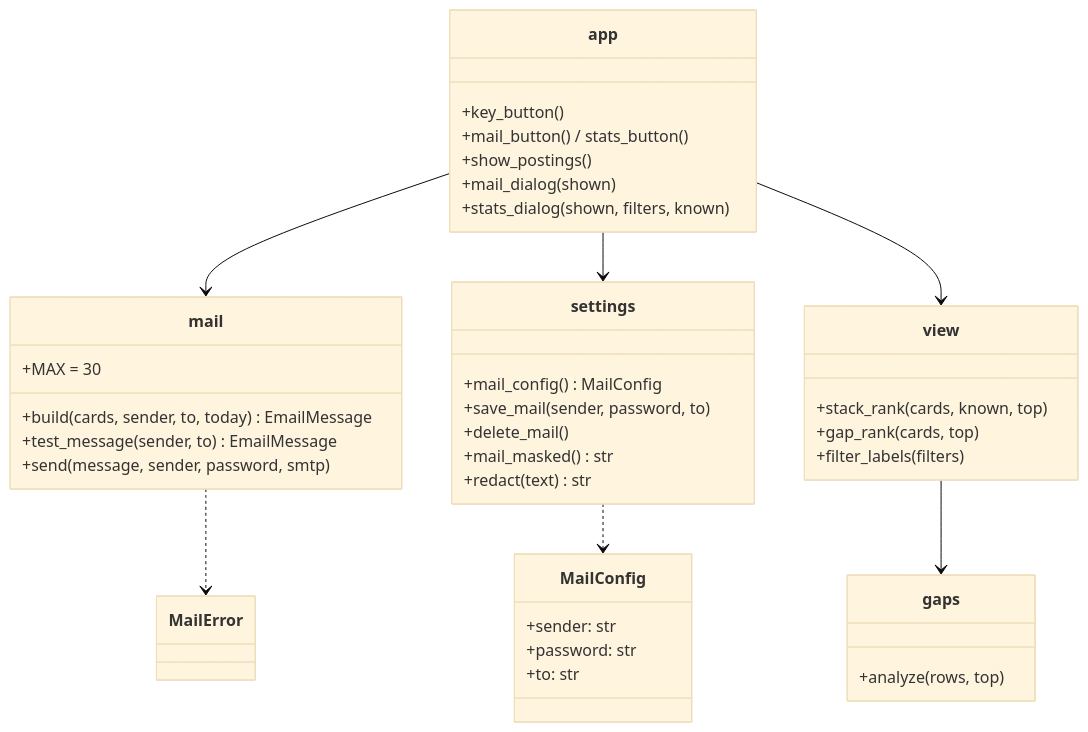
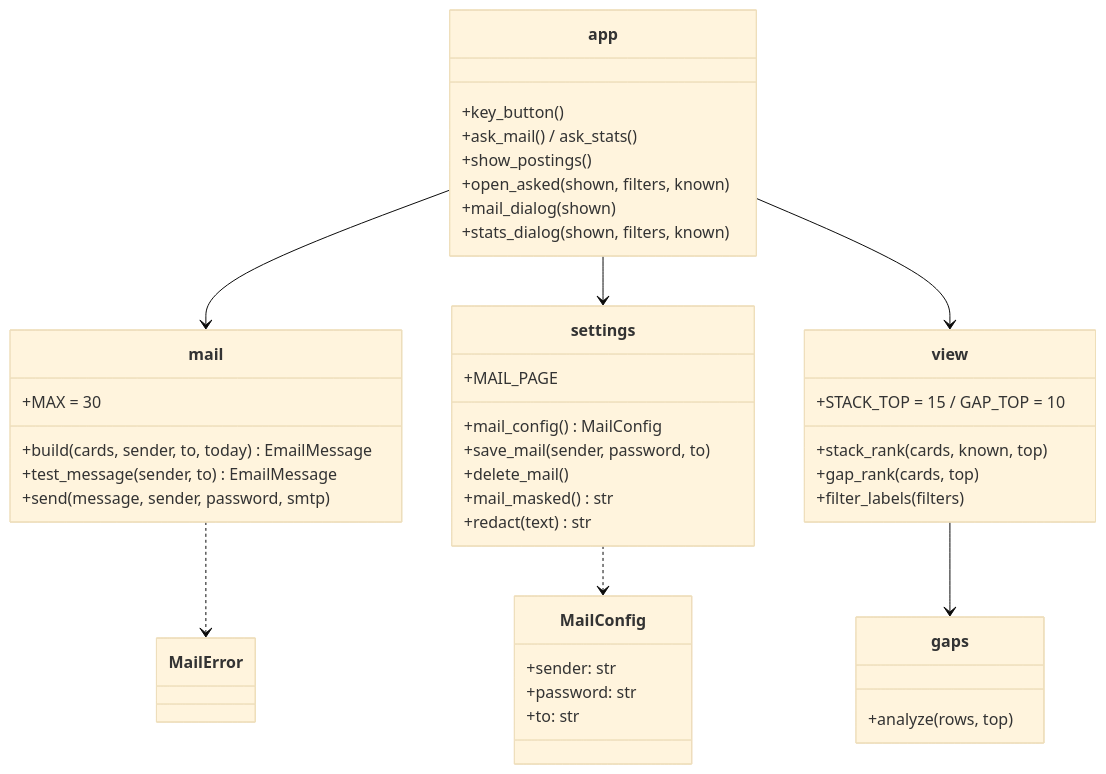
The first of 3 diagrams in docs/v0.7/02-design.md (wogud98/jobvis), drawn with Mermaid (base theme) before and after one commit. The commit also changed other lines of this file and 10 other files, not shown here.

````diff
--- a/docs/v0.7/02-design.md
+++ b/docs/v0.7/02-design.md
@@ -32,43 +32,46 @@
 ```mermaid
 classDiagram
     class app {
         +key_button()
-        +mail_button() / stats_button()
+        +ask_mail() / ask_stats()
         +show_postings()
+        +open_asked(shown, filters, known)
         +mail_dialog(shown)
         +stats_dialog(shown, filters, known)
     }
     class mail {
         +MAX = 30
         +build(cards, sender, to, today) EmailMessage
         +test_message(sender, to) EmailMessage
         +send(message, sender, password, smtp)
     }
     class MailError
     class settings {
         +mail_config() MailConfig
         +save_mail(sender, password, to)
         +delete_mail()
         +mail_masked() str
         +redact(text) str
+        +MAIL_PAGE
     }
     class MailConfig {
         +sender: str
         +password: str
         +to: str
     }
     class view {
+        +STACK_TOP = 15 / GAP_TOP = 10
         +stack_rank(cards, known, top)
         +gap_rank(cards, top)
         +filter_labels(filters)
     }
     class gaps {
         +analyze(rows, top)
     }
     app --> mail
     app --> settings
     app --> view
     view --> gaps
     mail ..> MailError
     settings ..> MailConfig
 ```
````
